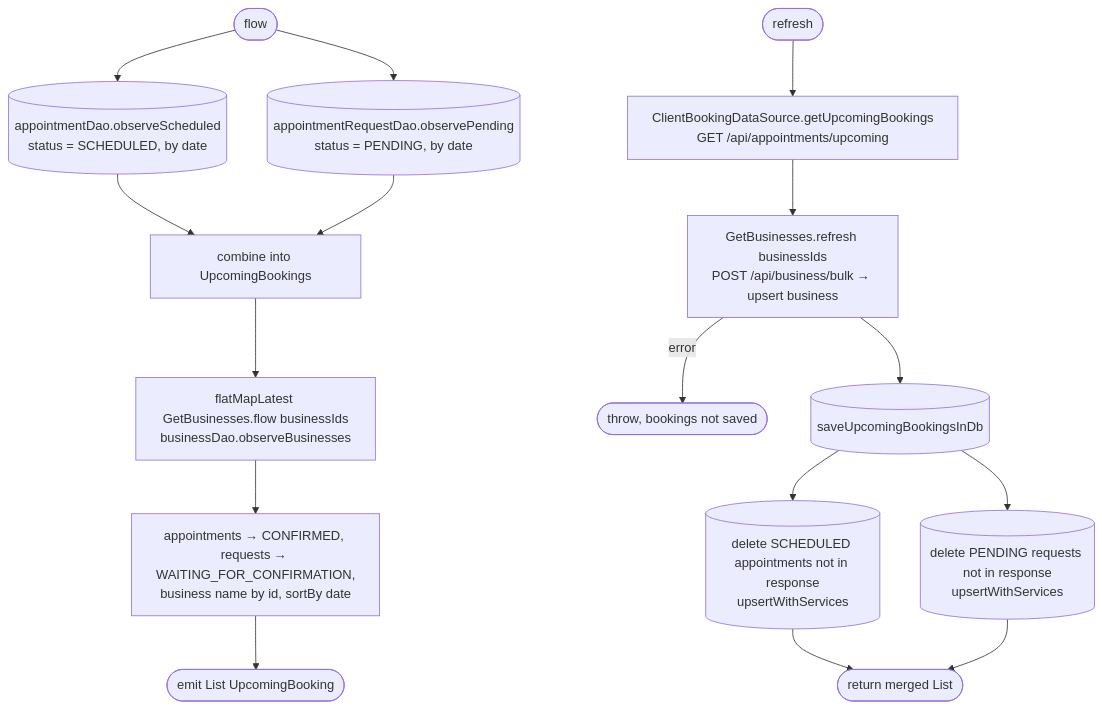
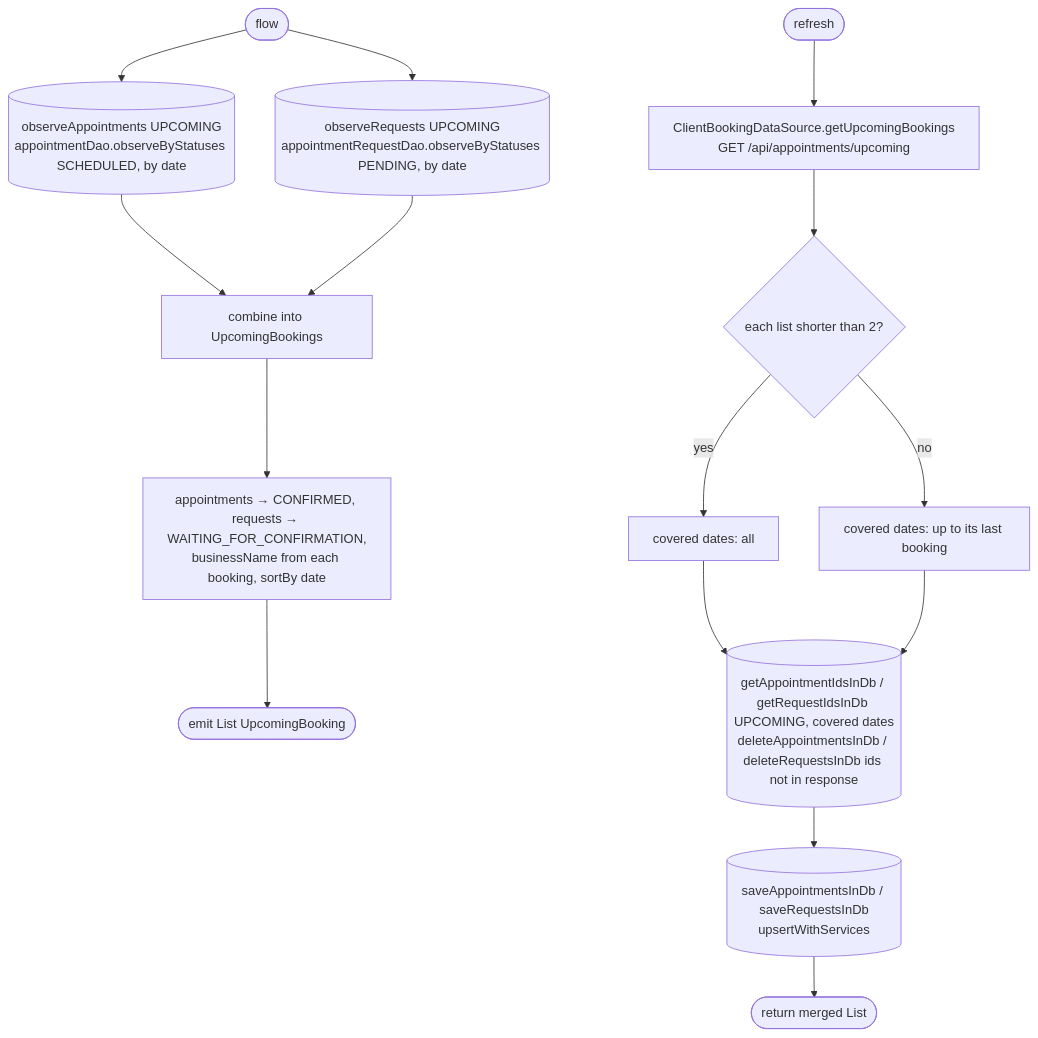
One commit to nocturneproperties/bookkme-client changed the diagram in docs/operations/appointments/get-upcoming-bookings.md. Above: the diagram before and after it, drawn with Mermaid. The commit also changed other lines of this file and 107 other files, not shown here.

````diff
--- a/docs/operations/appointments/get-upcoming-bookings.md
+++ b/docs/operations/appointments/get-upcoming-bookings.md
@@ -22,19 +23,18 @@
 ```mermaid
 flowchart TD
-    F([flow]) --> A[(appointmentDao.observeScheduled<br/>status = SCHEDULED, by date)]
-    F --> Q[(appointmentRequestDao.observePending<br/>status = PENDING, by date)]
+    F([flow]) --> A[(observeAppointments UPCOMING<br/>appointmentDao.observeByStatuses SCHEDULED, by date)]
+    F --> Q[(observeRequests UPCOMING<br/>appointmentRequestDao.observeByStatuses PENDING, by date)]
     A --> C[combine into UpcomingBookings]
     Q --> C
-    C --> B[flatMapLatest GetBusinesses.flow businessIds<br/>businessDao.observeBusinesses]
-    B --> M[appointments → CONFIRMED, requests → WAITING_FOR_CONFIRMATION,<br/>business name by id, sortBy date]
+    C --> M[appointments → CONFIRMED, requests → WAITING_FOR_CONFIRMATION,<br/>businessName from each booking, sortBy date]
     M --> FR([emit List UpcomingBooking])
 
     R([refresh]) --> Net[ClientBookingDataSource.getUpcomingBookings<br/>GET /api/appointments/upcoming]
-    Net --> Biz[GetBusinesses.refresh businessIds<br/>POST /api/business/bulk → upsert business]
-    Biz -- error --> Err([throw, bookings not saved])
-    Biz --> SaveB[(saveUpcomingBookingsInDb)]
-    SaveB --> DA[(delete SCHEDULED appointments not in response<br/>upsertWithServices)]
-    SaveB --> DQ[(delete PENDING requests not in response<br/>upsertWithServices)]
-    DA --> RR([return merged List])
-    DQ --> RR
+    Net --> Cov{each list shorter than 2?}
+    Cov -- yes --> All[covered dates: all]
+    Cov -- no --> Last[covered dates: up to its last booking]
+    All --> DA[(getAppointmentIdsInDb / getRequestIdsInDb UPCOMING, covered dates<br/>deleteAppointmentsInDb / deleteRequestsInDb ids not in response)]
+    Last --> DA
+    DA --> Save[(saveAppointmentsInDb / saveRequestsInDb<br/>upsertWithServices)]
+    Save --> RR([return merged List])
 ```
````
